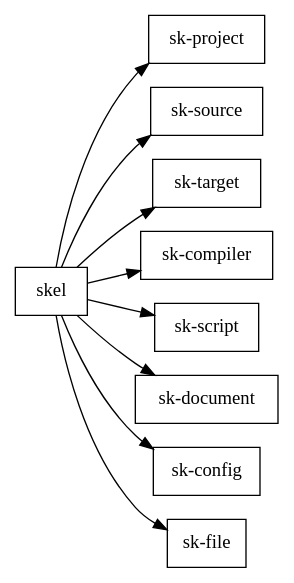
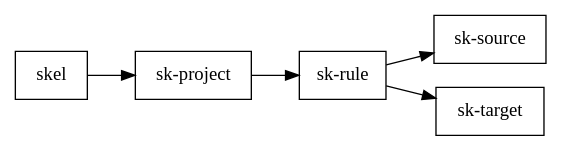
Before and after one commit to richardwesthaver/skel: the diagram in readme.org, drawn with Graphviz. The commit also changed 3 other files, not shown here.

```diff
--- a/readme.org
+++ b/readme.org
@@ -71,21 +71,13 @@
 #+begin_src dot :file api.svg :exports results
     digraph { rankdir=LR; splines=true; node [shape=box]
       sk [label="skel"]
       skpro [label="sk-project"]
       sksrc [label="sk-source"]
       sktar [label="sk-target"]
-      skcom [label="sk-compiler"]
-      skscr [label="sk-script"]
-      skdoc [label="sk-document"]
-      skcfg [label="sk-config"]
-      skfil [label="sk-file"]
+      skrul [label="sk-rule"]
       sk -> skpro
-      sk -> sksrc
-      sk -> sktar
-      sk -> skcom
-      sk -> skscr
-      sk -> skdoc
-      sk -> skcfg
-      sk -> skfil
+      skpro -> skrul
+      skrul -> sktar
+      skrul -> sksrc
     }
 #+end_src
```
